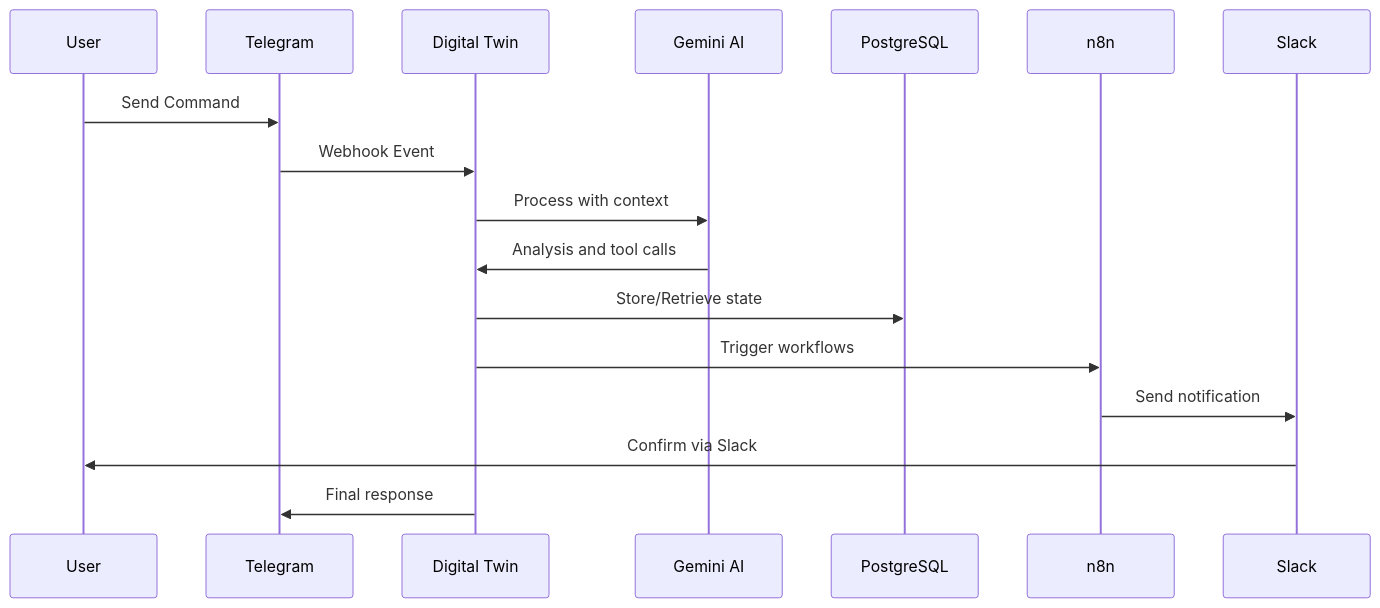
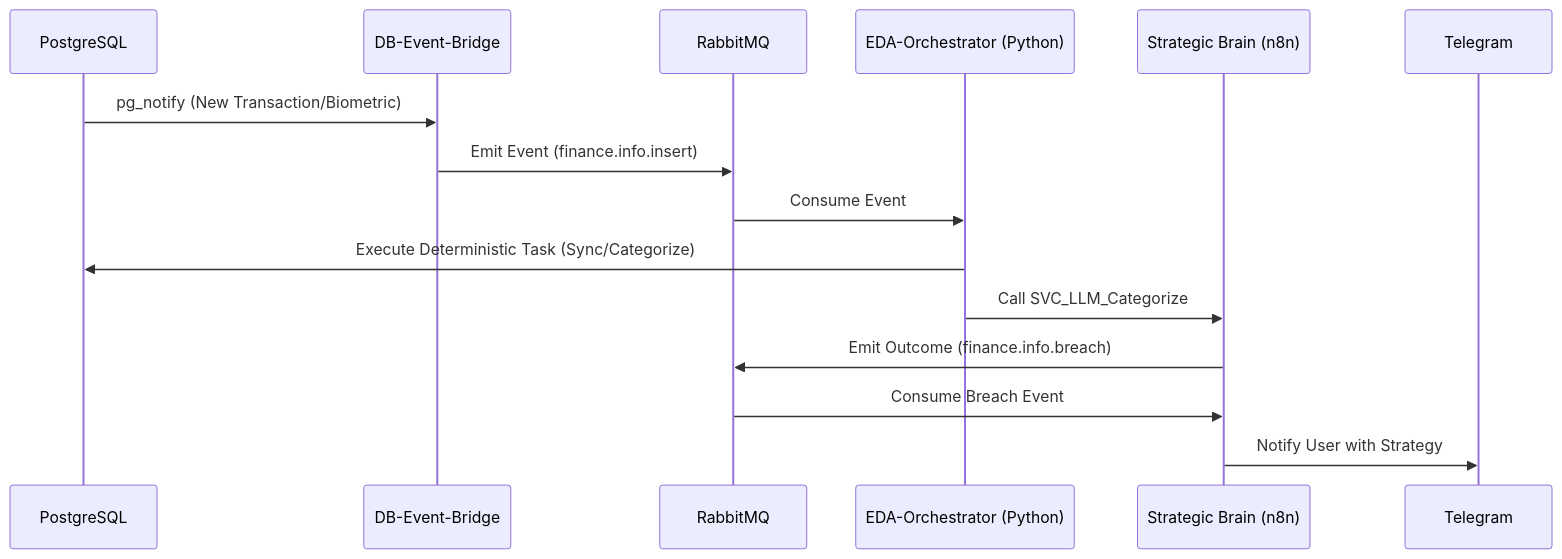
Before and after one commit to brostudiodev/autonomous-living-architecture: the second of 3 diagrams in docs/20_Systems/High-Level-Design.md, drawn with Mermaid. The commit also changed other lines of this file and 776 other files, not shown here.

Commit message:
docs: sync architectural documentation and modular manifests (sanitized)

````diff
--- a/docs/20_Systems/High-Level-Design.md
+++ b/docs/20_Systems/High-Level-Design.md
@@ -145,20 +141,18 @@
 ```mermaid
 sequenceDiagram
-    participant U as User
+    participant DB as PostgreSQL
+    participant BR as DB-Event-Bridge
+    participant RM as RabbitMQ
+    participant EO as EDA-Orchestrator (Python)
+    participant N8N as Strategic Brain (n8n)
     participant T as Telegram
-    participant G04 as Digital Twin
-    participant AI as Gemini AI
-    participant DB as PostgreSQL
-    participant N as n8n
-    participant S as Slack
     
-    U->>T: Send Command
-    T->>G04: Webhook Event
-    G04->>AI: Process with context
-    AI->>G04: Analysis and tool calls
-    G04->>DB: Store/Retrieve state
-    G04->>N: Trigger workflows
-    N->>S: Send notification
-    S->>U: Confirm via Slack
-    G04->>T: Final response
+    DB->>BR: pg_notify (New Transaction/Biometric)
+    BR->>RM: Emit Event (finance.info.insert)
+    RM->>EO: Consume Event
+    EO->>DB: Execute Deterministic Task (Sync/Categorize)
+    EO->>N8N: Call SVC_LLM_Categorize
+    N8N->>RM: Emit Outcome (finance.info.breach)
+    RM->>N8N: Consume Breach Event
+    N8N->>T: Notify User with Strategy
 ```
````
